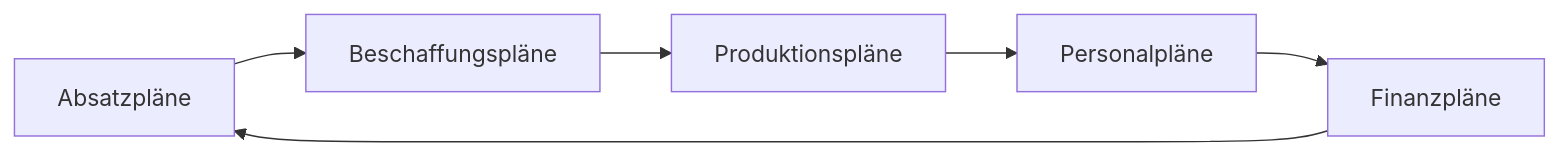
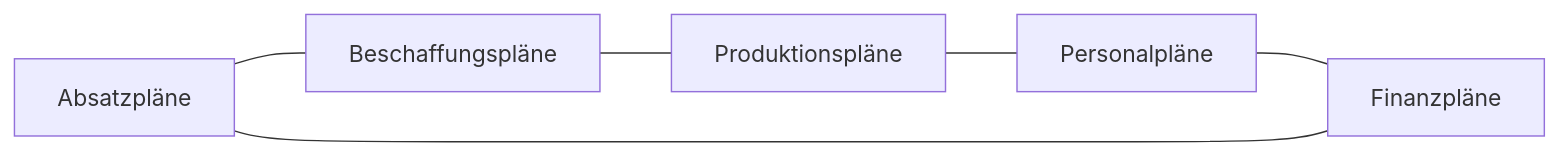
Before and after one commit to McBaumwolle/thi-exams: the second of 2 diagrams in semester_7/bwlg.md, drawn with Mermaid. The commit also changed other lines of this file and 1 other file, not shown here.

````diff
--- a/semester_7/bwlg.md
+++ b/semester_7/bwlg.md
@@ -528,14 +524,14 @@
 ```mermaid
 graph LR
   A[Absatzpläne]
   B[Beschaffungspläne]
   C[Produktionspläne]
   D[Personalpläne]
   E[Finanzpläne]
 
-  A --> B
-  B --> C
-  C --> D
-  D --> E
-  E --> A
+  A --- B
+  B --- C
+  C --- D
+  D --- E
+  E --- A
 ```
````
